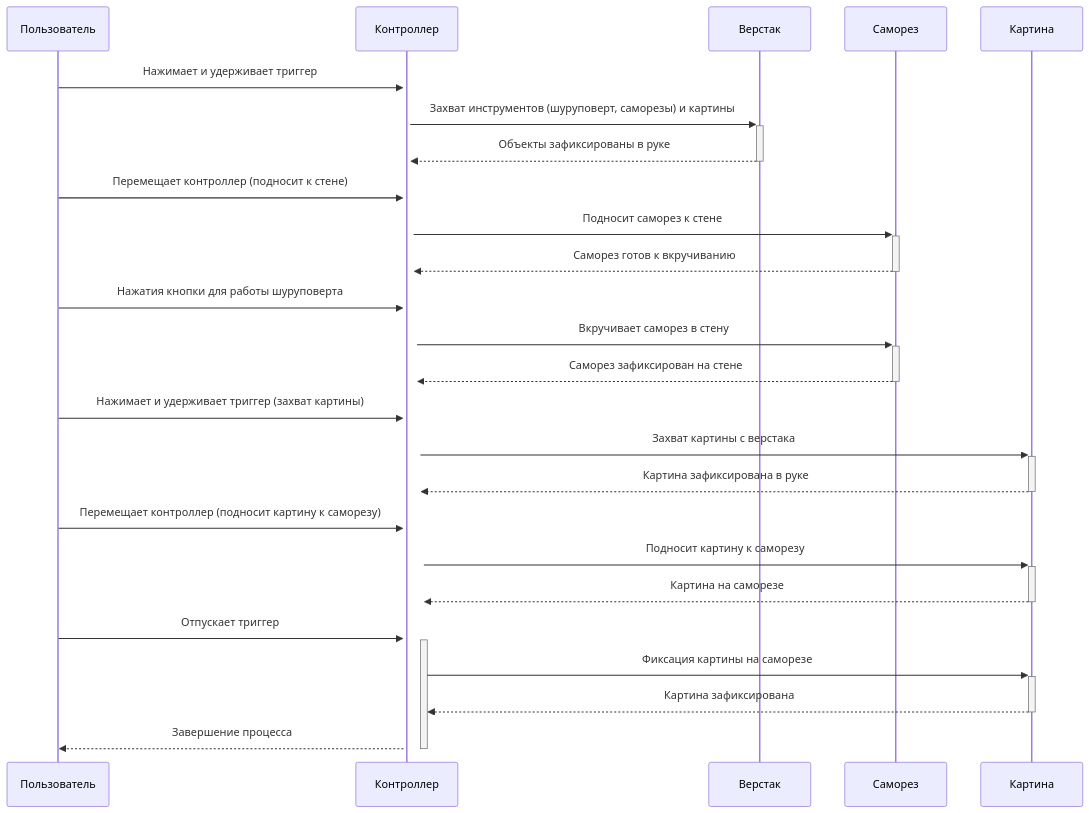
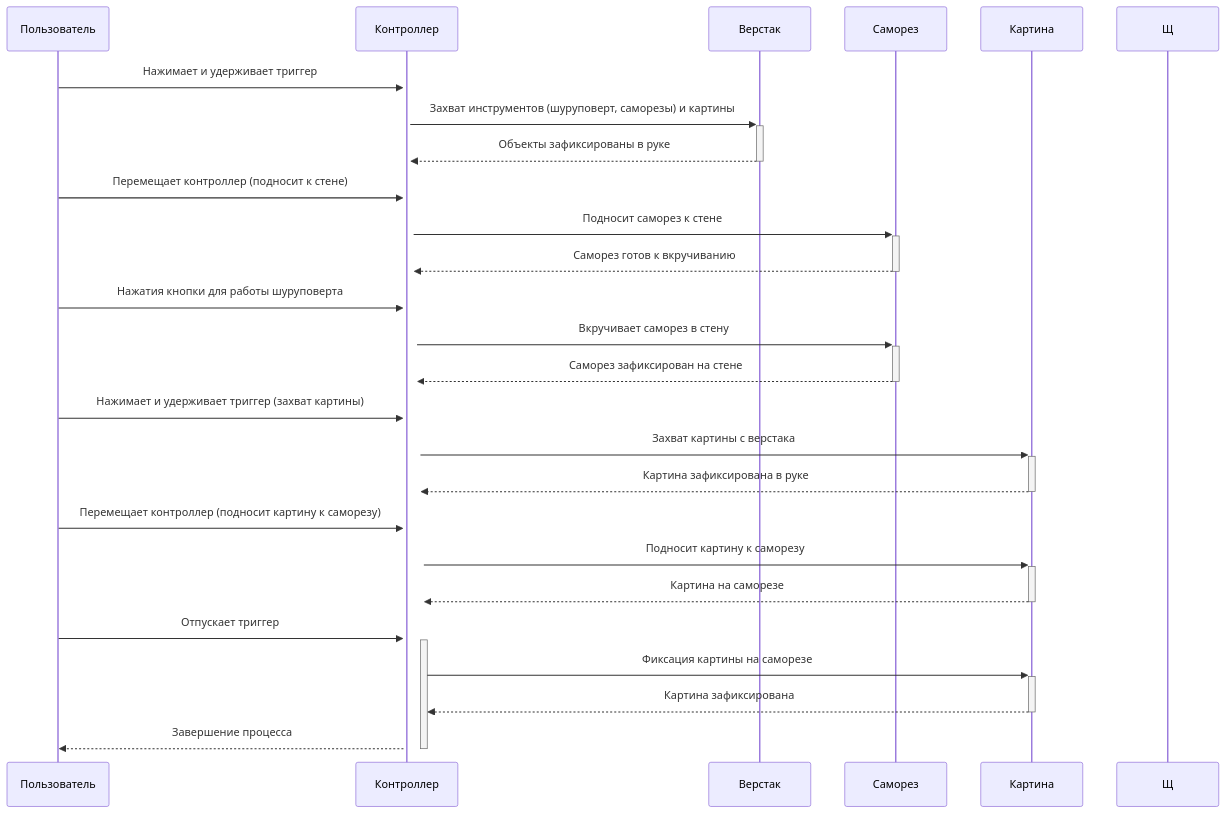
The diagram in all/не называться-1.md (NerdyCep/iodraw-files), drawn with Mermaid before and after one commit.

Commit message:
2025-02-25 18:25:14 update

````diff
--- a/all/не называться-1.md
+++ b/all/не называться-1.md
@@ -1,29 +1,29 @@
 ```mermaid
 sequenceDiagram
     participant Пользователь
     participant Контроллер
     participant Верстак
     participant Саморез
     participant Картина
-     participant Картина
+     participant Щ
 
     Пользователь->>+Контроллер: Нажимает и удерживает триггер
     Контроллер->>+Верстак: Захват инструментов (шуруповерт, саморезы) и картины
     Верстак-->>-Контроллер: Объекты зафиксированы в руке
     Пользователь->>+Контроллер: Перемещает контроллер (подносит к стене)
     Контроллер->>+Саморез: Подносит саморез к стене
     Саморез-->>-Контроллер: Саморез готов к вкручиванию
     Пользователь->>+Контроллер: Нажатия кнопки для работы шуруповерта
     Контроллер->>+Саморез: Вкручивает саморез в стену
     Саморез-->>-Контроллер: Саморез зафиксирован на стене
     Пользователь->>+Контроллер: Нажимает и удерживает триггер (захват картины)
     Контроллер->>+Картина: Захват картины с верстака
     Картина-->>-Контроллер: Картина зафиксирована в руке
     Пользователь->>+Контроллер: Перемещает контроллер (подносит картину к саморезу)
     Контроллер->>+Картина: Подносит картину к саморезу
     Картина-->>-Контроллер: Картина на саморезе
     Пользователь->>+Контроллер: Отпускает триггер
     Контроллер->>+Картина: Фиксация картины на саморезе
     Картина-->>-Контроллер: Картина зафиксирована
     Контроллер-->>-Пользователь: Завершение процесса
 ```
````
